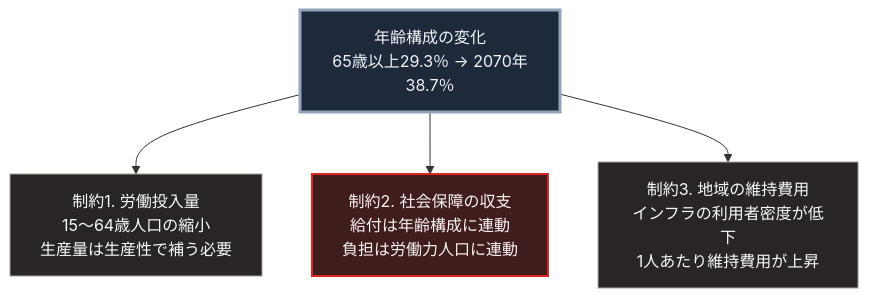
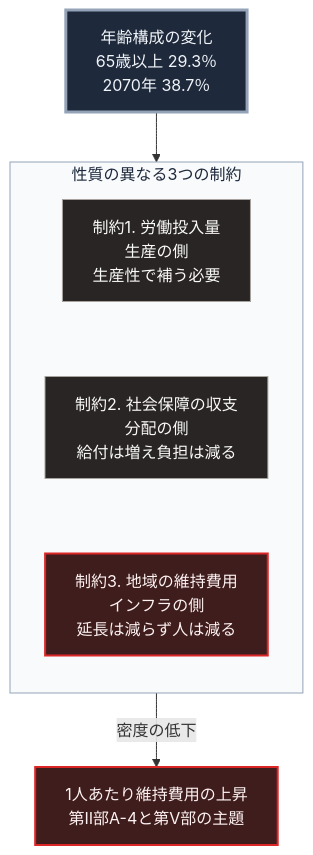
One commit to Takenori-Kusaka/zenn-content changed the diagram in books/sovereign-resilience-blueprint/japan-population-decline.md. Above: the diagram before and after it, drawn with Mermaid. The commit also changed other lines of this file and 114 other files, not shown here.

````diff
--- a/books/sovereign-resilience-blueprint/japan-population-decline.md
+++ b/books/sovereign-resilience-blueprint/japan-population-decline.md
@@ -57,13 +57,18 @@
 ```mermaid
 flowchart TD
-    D[年齢構成の変化<br>65歳以上29.3％ → 2070年38.7％]
-
-    D --> C1[制約1. 労働投入量<br>15〜64歳人口の縮小<br>生産量は生産性で補う必要]
-    D --> C2[制約2. 社会保障の収支<br>給付は年齢構成に連動<br>負担は労働力人口に連動]
-    D --> C3[制約3. 地域の維持費用<br>インフラの利用者密度が低下<br>1人あたり維持費用が上昇]
+    D[年齢構成の変化<br>65歳以上 29.3％<br>2070年 38.7％]
+    subgraph G[性質の異なる3つの制約]
+        direction TB
+        C1[制約1. 労働投入量<br>生産の側<br>生産性で補う必要] ~~~ C2[制約2. 社会保障の収支<br>分配の側<br>給付は増え負担は減る]
+        C2 ~~~ C3[制約3. 地域の維持費用<br>インフラの側<br>延長は減らず人は減る]
+    end
+    D --> G
+    C3 -->|密度の低下| X[1人あたり維持費用の上昇<br>第Ⅱ部A-4と第Ⅴ部の主題]
 
     style D fill:#1e293b,stroke:#94a3b8,stroke-width:3px,color:#f1f5f9
     style C1 fill:#292524,stroke:#a8a29e,color:#fafaf9
-    style C2 fill:#3f1d1d,stroke:#dc2626,stroke-width:2px,color:#fef2f2
-    style C3 fill:#292524,stroke:#a8a29e,color:#fafaf9
+    style C2 fill:#292524,stroke:#a8a29e,color:#fafaf9
+    style C3 fill:#3f1d1d,stroke:#dc2626,stroke-width:2px,color:#fef2f2
+    style X fill:#3f1d1d,stroke:#dc2626,stroke-width:2px,color:#fef2f2
+    style G fill:#f8fafc,stroke:#94a3b8,color:#1e293b
 ```
````
